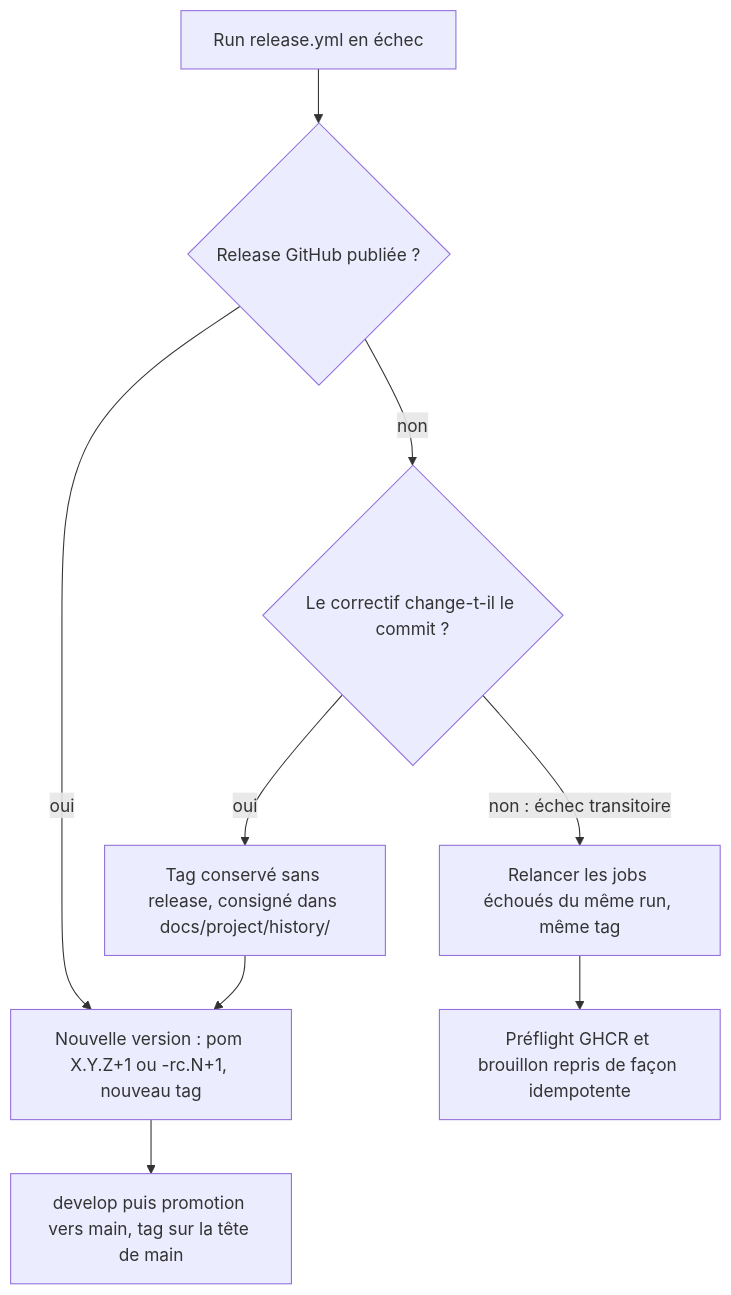
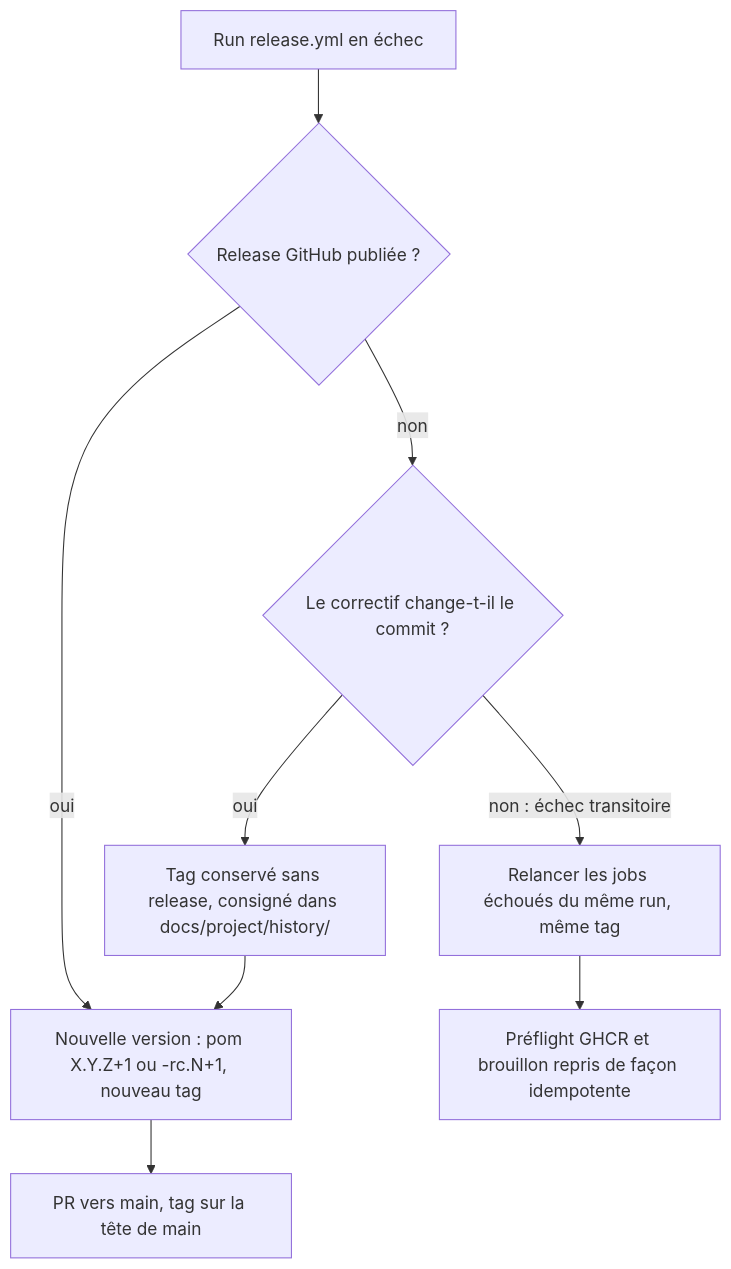
The second of 2 diagrams in docs/developer/immutable-release-publishing.md (FTurleque/nexus-context-engine), drawn with Mermaid before and after one commit. The commit also changed other lines of this file and 90 other files, not shown here.

````diff
--- a/docs/developer/immutable-release-publishing.md
+++ b/docs/developer/immutable-release-publishing.md
@@ -193,11 +193,11 @@
 ```mermaid
 flowchart TD
     fail["Run release.yml en échec"] --> pub{"Release GitHub publiée ?"}
     pub -- "oui" --> newv["Nouvelle version : pom X.Y.Z+1 ou -rc.N+1, nouveau tag"]
     pub -- "non" --> same{"Le correctif change-t-il le commit ?"}
     same -- "non : échec transitoire" --> rerun["Relancer les jobs échoués du même run, même tag"]
     rerun --> idem["Préflight GHCR et brouillon repris de façon idempotente"]
     same -- "oui" --> abandon["Tag conservé sans release, consigné dans docs/project/history/"]
     abandon --> newv
-    newv --> flow["develop puis promotion vers main, tag sur la tête de main"]
+    newv --> flow["PR vers main, tag sur la tête de main"]
 ```
````
